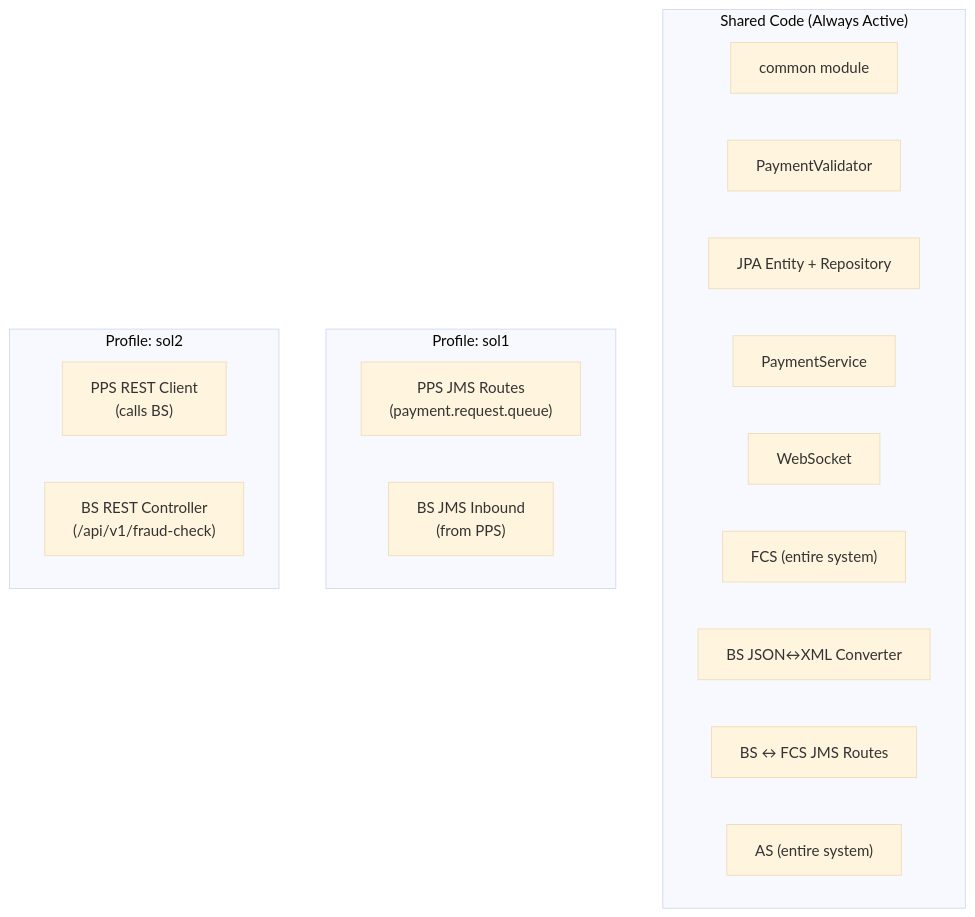
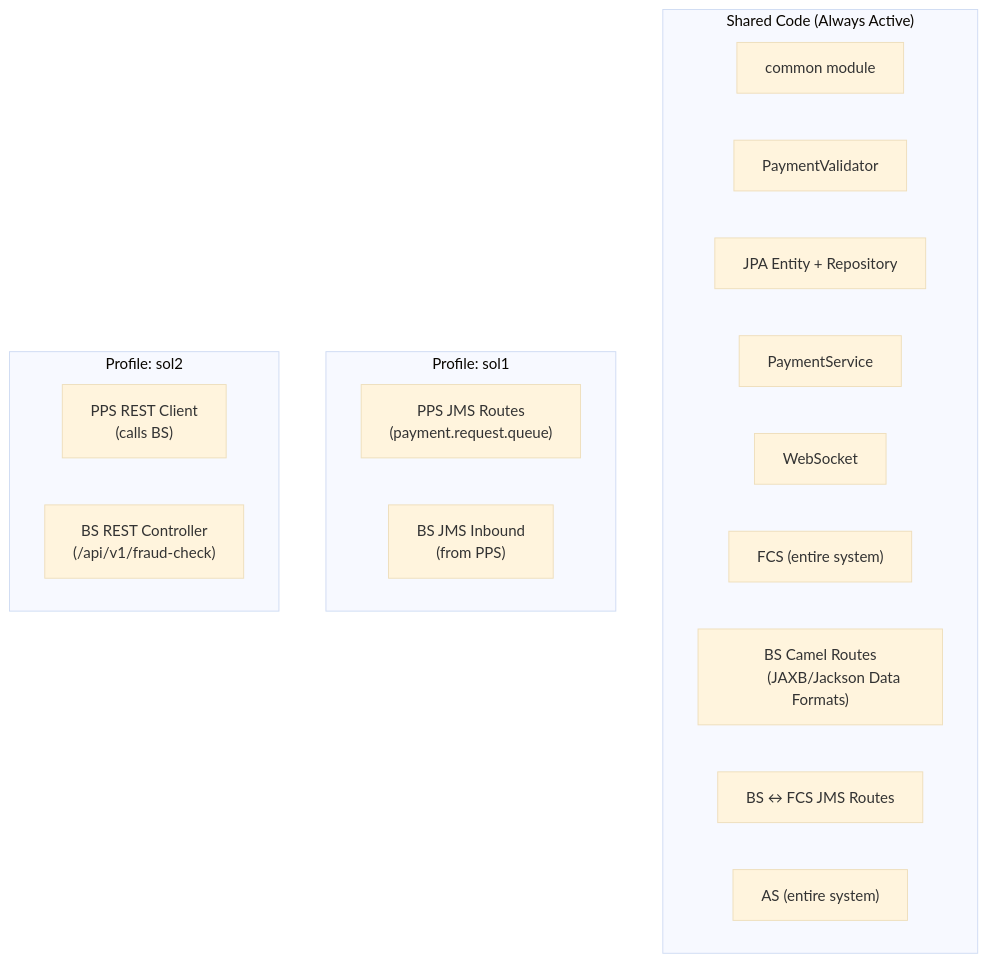
Before and after one commit to jayy2kok/poc-ip: diagram 11 of 12 in docs/architecture.md, drawn with Mermaid (base theme). The commit also changed other lines of this file and 12 other files, not shown here.

````diff
--- a/docs/architecture.md
+++ b/docs/architecture.md
@@ -688,28 +690,29 @@
 ```mermaid
 graph TB
     subgraph "Shared Code (Always Active)"
         C["common module"]
         VAL["PaymentValidator"]
         DB_LAYER["JPA Entity + Repository"]
         SVC["PaymentService"]
         WS["WebSocket"]
         FCS_ALL["FCS (entire system)"]
-        BS_CORE["BS JSON↔XML Converter"]
+        BS_CORE["BS Camel Routes
+        (JAXB/Jackson Data Formats)"]
         BS_FCS["BS ↔ FCS JMS Routes"]
         AS_ALL["AS (entire system)"]
     end
 
     subgraph "Profile: sol1"
         PPS_JMS["PPS JMS Routes
         (payment.request.queue)"]
         BS_JMS_IN["BS JMS Inbound
         (from PPS)"]
     end
 
     subgraph "Profile: sol2"
         PPS_REST_OUT["PPS REST Client
         (calls BS)"]
         BS_REST_IN["BS REST Controller
         (/api/v1/fraud-check)"]
     end
 ```
````
